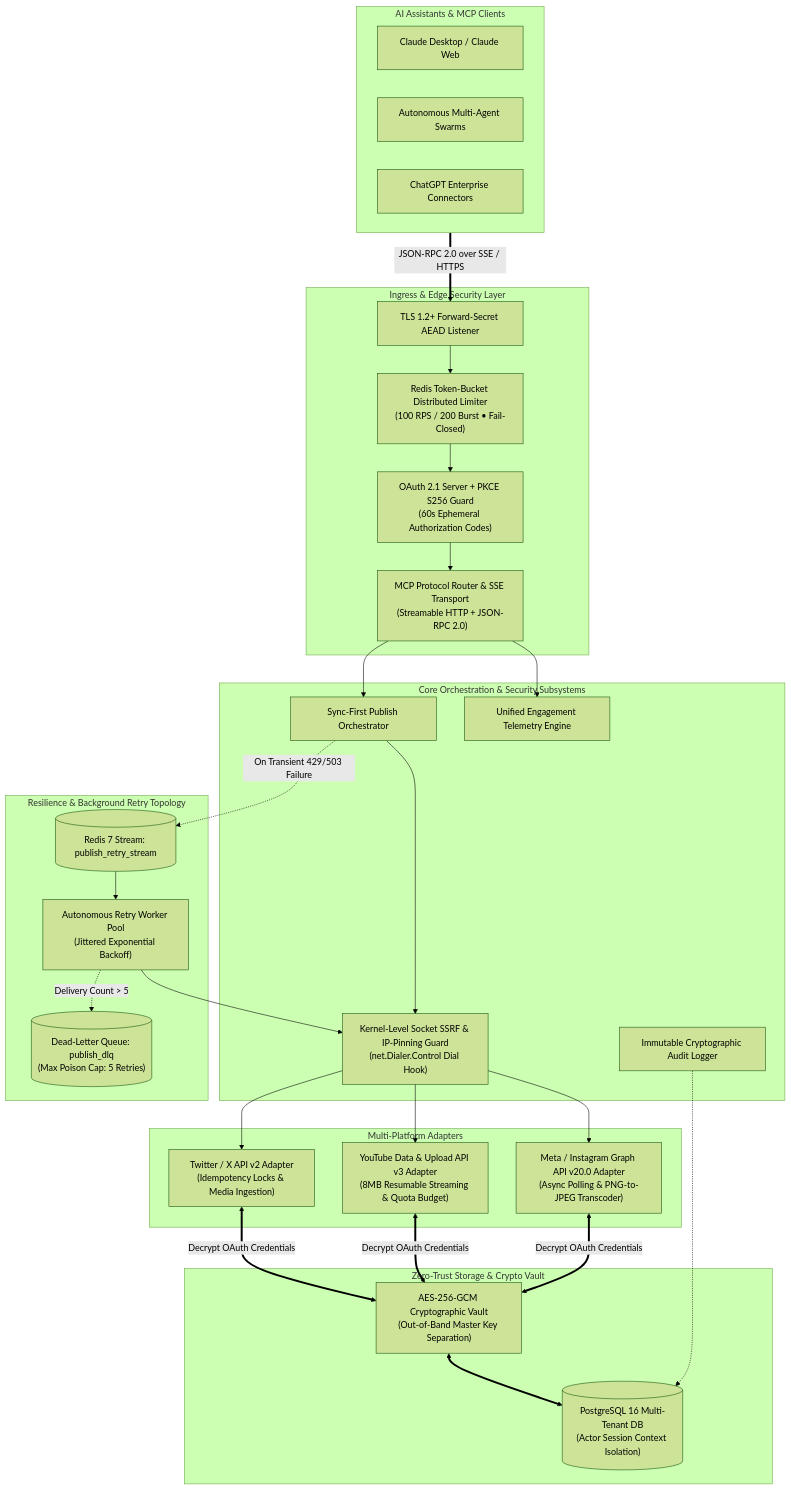
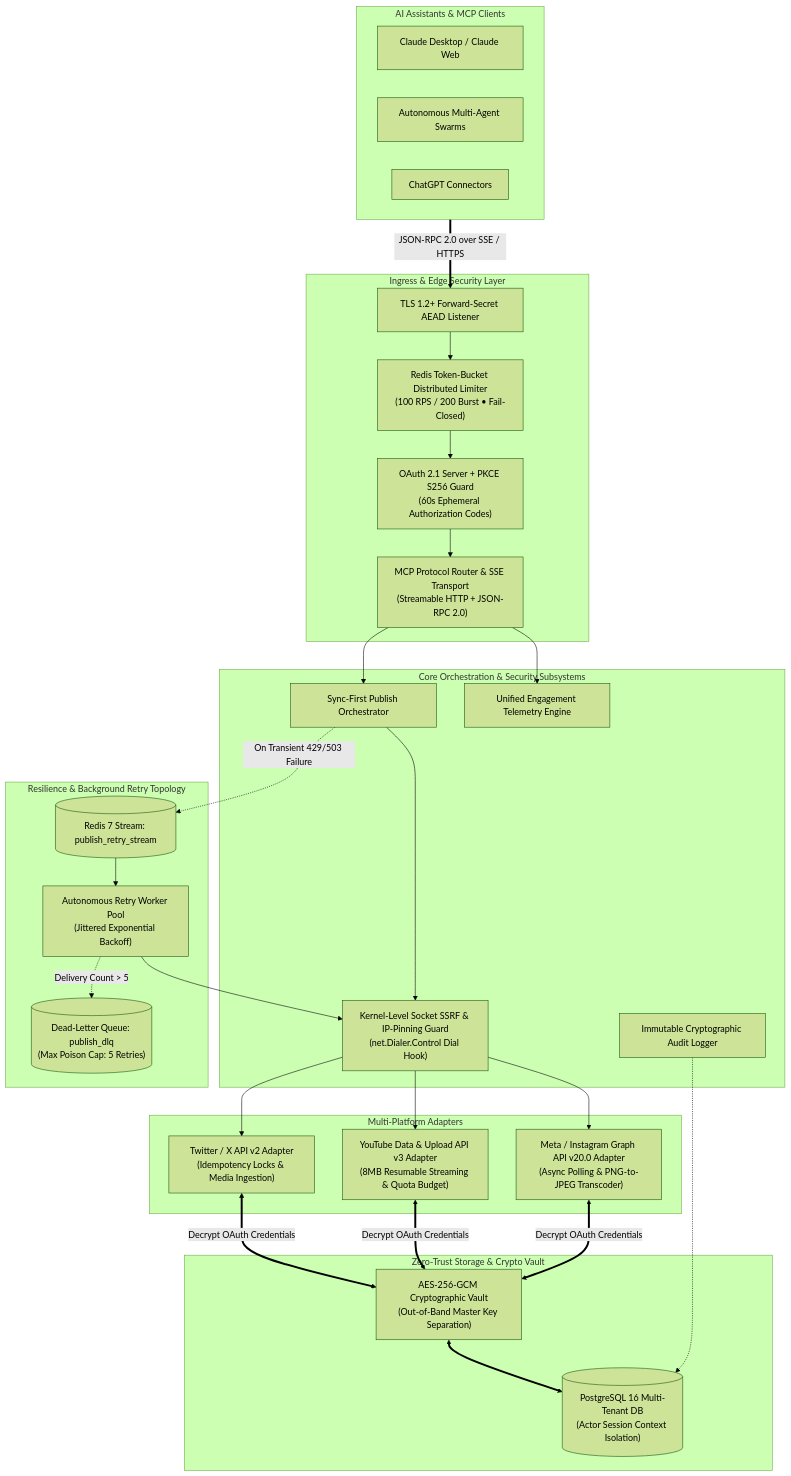
The first of 4 diagrams in ARCHITECTURE.md (kuldeep-poonia/social-publish-mcp-server), drawn with Mermaid (forest theme) before and after one commit. The commit also changed other lines of this file and 1 other file, not shown here.

Commit message:
docs: fix Mermaid syntax in sequence diagram, remove buzzwords, and expand comprehensive technical documentation

````diff
--- a/ARCHITECTURE.md
+++ b/ARCHITECTURE.md
@@ -11,57 +11,57 @@
 ```mermaid
 flowchart TD
     subgraph ClientLayer["AI Assistants & MCP Clients"]
         Claude["Claude Desktop / Claude Web"]
         Agents["Autonomous Multi-Agent Swarms"]
-        GPT["ChatGPT Enterprise Connectors"]
+        GPT["ChatGPT Connectors"]
     end
 
     subgraph IngressGateway["Ingress & Edge Security Layer"]
         TLS["TLS 1.2+ Forward-Secret AEAD Listener"]
         RateLimiter["Redis Token-Bucket Distributed Limiter\n(100 RPS / 200 Burst • Fail-Closed)"]
         AuthServer["OAuth 2.1 Server + PKCE S256 Guard\n(60s Ephemeral Authorization Codes)"]
         MCPEngine["MCP Protocol Router & SSE Transport\n(Streamable HTTP + JSON-RPC 2.0)"]
     end
 
     subgraph CoreEngine["Core Orchestration & Security Subsystems"]
         SSRFEngine["Kernel-Level Socket SSRF & IP-Pinning Guard\n(net.Dialer.Control Dial Hook)"]
         PublishEngine["Sync-First Publish Orchestrator"]
         AnalyticsEngine["Unified Engagement Telemetry Engine"]
         AuditLogger["Immutable Cryptographic Audit Logger"]
     end
 
     subgraph AdaptersLayer["Multi-Platform Adapters"]
         TwitterAdapter["Twitter / X API v2 Adapter\n(Idempotency Locks & Media Ingestion)"]
         YouTubeAdapter["YouTube Data & Upload API v3 Adapter\n(8MB Resumable Streaming & Quota Budget)"]
         InstagramAdapter["Meta / Instagram Graph API v20.0 Adapter\n(Async Polling & PNG-to-JPEG Transcoder)"]
     end
 
     subgraph AsyncResilience["Resilience & Background Retry Topology"]
         RedisStream[("Redis 7 Stream: publish_retry_stream")]
         RetryWorkers["Autonomous Retry Worker Pool\n(Jittered Exponential Backoff)"]
         DLQ[("Dead-Letter Queue: publish_dlq\n(Max Poison Cap: 5 Retries)")]
     end
 
     subgraph VaultTier["Zero-Trust Storage & Crypto Vault"]
         AESVault["AES-256-GCM Cryptographic Vault\n(Out-of-Band Master Key Separation)"]
         PostgresDB[("PostgreSQL 16 Multi-Tenant DB\n(Actor Session Context Isolation)")]
     end
 
     ClientLayer ==>|JSON-RPC 2.0 over SSE / HTTPS| TLS
     TLS --> RateLimiter
     RateLimiter --> AuthServer
     AuthServer --> MCPEngine
     MCPEngine --> PublishEngine & AnalyticsEngine
     
     PublishEngine --> SSRFEngine
     SSRFEngine --> TwitterAdapter & YouTubeAdapter & InstagramAdapter
     
     TwitterAdapter & YouTubeAdapter & InstagramAdapter <==>|Decrypt OAuth Credentials| AESVault
     AESVault <==> PostgresDB
     AuditLogger -.-> PostgresDB
 
     PublishEngine -.->|On Transient 429/503 Failure| RedisStream
     RedisStream --> RetryWorkers
     RetryWorkers --> SSRFEngine
     RetryWorkers -.->|Delivery Count > 5| DLQ
 ```
````
